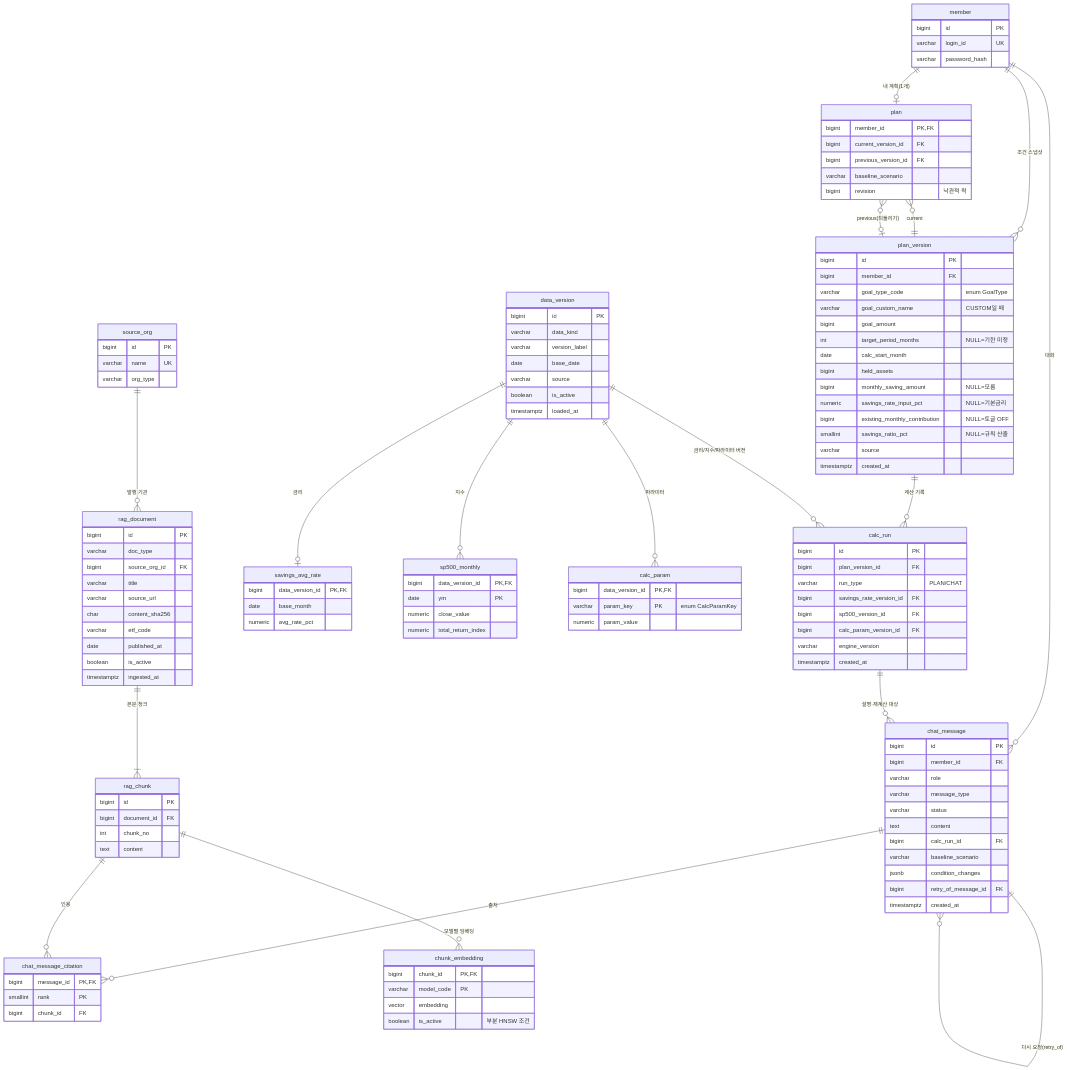
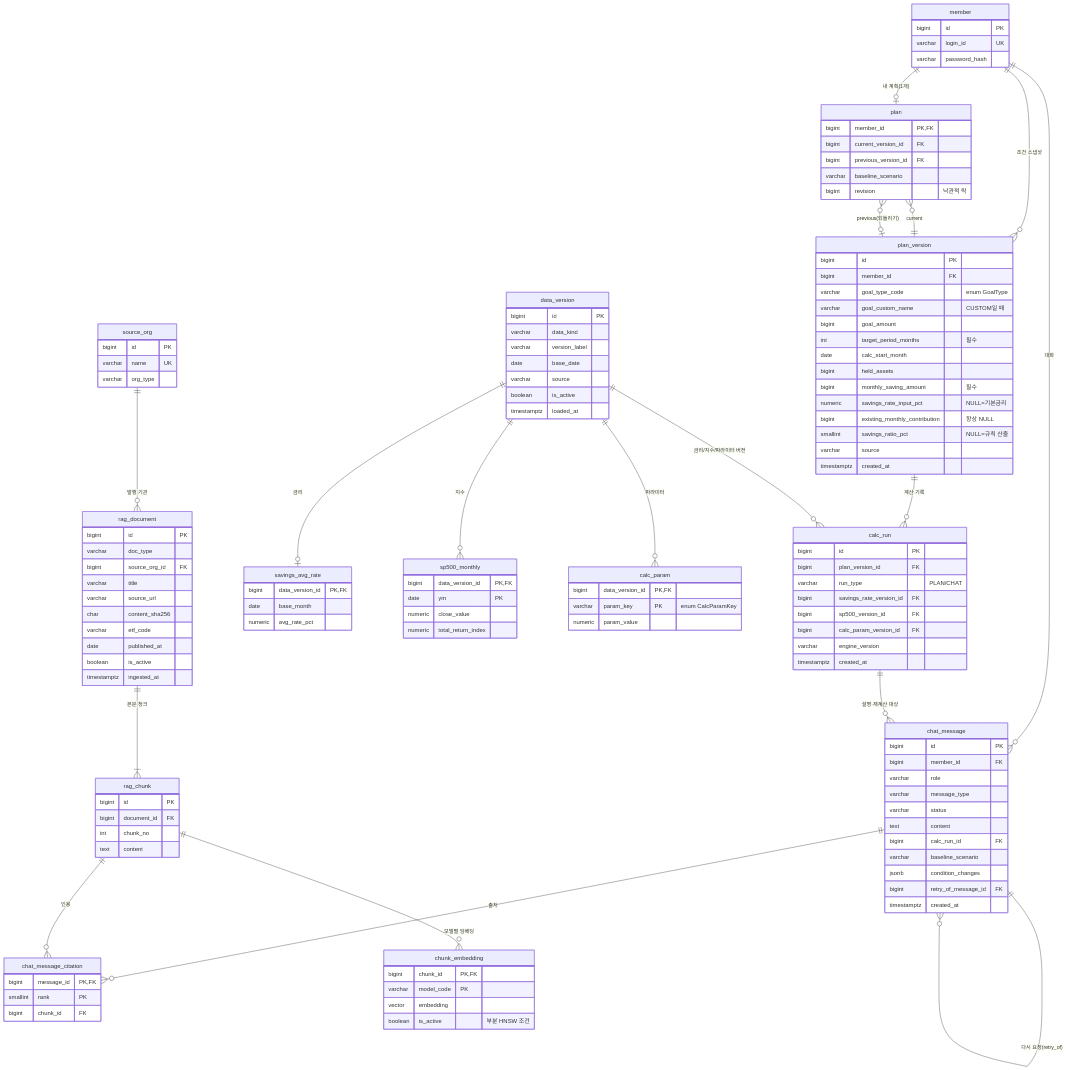
One commit to shinhan-career-next-team-4/moeun changed the diagram in db/erd.md. Above: the diagram before and after it, drawn with Mermaid. The commit also changed other lines of this file and 112 other files, not shown here.

```diff
--- a/db/erd.md
+++ b/db/erd.md
@@ -57,12 +57,12 @@
         varchar goal_type_code "enum GoalType"
         varchar goal_custom_name "CUSTOM일 때"
         bigint goal_amount
-        int target_period_months "NULL=기한 미정"
+        int target_period_months "필수"
         date calc_start_month
         bigint held_assets
-        bigint monthly_saving_amount "NULL=모름"
+        bigint monthly_saving_amount "필수"
         numeric savings_rate_input_pct "NULL=기본금리"
-        bigint existing_monthly_contribution "NULL=토글 OFF"
+        bigint existing_monthly_contribution "항상 NULL"
         smallint savings_ratio_pct "NULL=규칙 산출"
         varchar source
         timestamptz created_at
```
